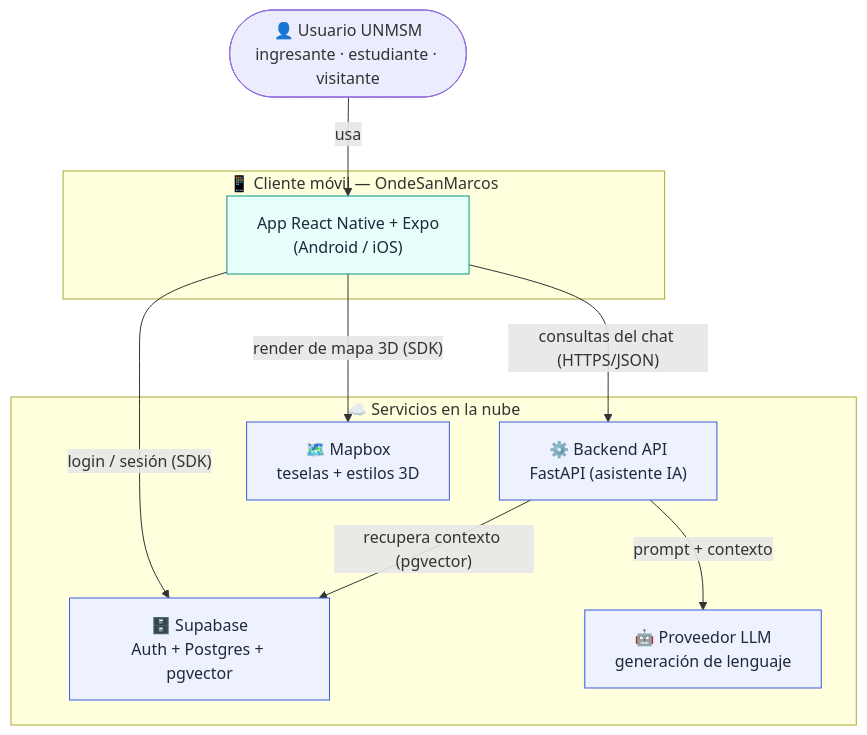
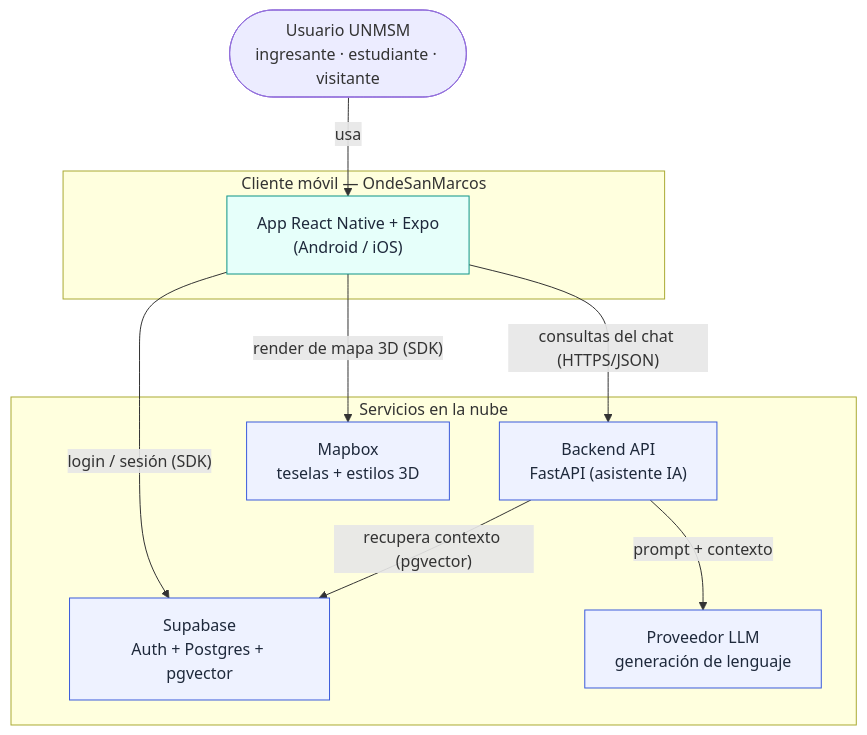
Before and after one commit to frank777ch/OndeSanMarcos: the first of 5 diagrams in documents/01-arquitectura-general.md, drawn with Mermaid. The commit also changed other lines of this file and 7 other files, not shown here.

````diff
--- a/documents/01-arquitectura-general.md
+++ b/documents/01-arquitectura-general.md
@@ -11,27 +11,27 @@
 ```mermaid
 graph TD
-    user(["👤 Usuario UNMSM<br/>ingresante · estudiante · visitante"])
+    user(["Usuario UNMSM<br/>ingresante · estudiante · visitante"])
 
-    subgraph client["📱 Cliente móvil — OndeSanMarcos"]
+    subgraph client["Cliente móvil — OndeSanMarcos"]
         app["App React Native + Expo<br/>(Android / iOS)"]
     end
 
-    subgraph cloud["☁️ Servicios en la nube"]
-        supabase["🗄️ Supabase<br/>Auth + Postgres + pgvector"]
-        backend["⚙️ Backend API<br/>FastAPI (asistente IA)"]
-        mapbox["🗺️ Mapbox<br/>teselas + estilos 3D"]
-        llm["🤖 Proveedor LLM<br/>generación de lenguaje"]
+    subgraph cloud["Servicios en la nube"]
+        supabase["Supabase<br/>Auth + Postgres + pgvector"]
+        backend["Backend API<br/>FastAPI (asistente IA)"]
+        mapbox["Mapbox<br/>teselas + estilos 3D"]
+        llm["Proveedor LLM<br/>generación de lenguaje"]
     end
 
     user -->|usa| app
     app -->|"login / sesión (SDK)"| supabase
     app -->|"consultas del chat (HTTPS/JSON)"| backend
     app -->|"render de mapa 3D (SDK)"| mapbox
     backend -->|"recupera contexto (pgvector)"| supabase
     backend -->|"prompt + contexto"| llm
 
     classDef ext fill:#eef2ff,stroke:#3b5bdb,color:#1e293b;
     classDef cli fill:#e6fffa,stroke:#0d9488,color:#1e293b;
     class supabase,backend,mapbox,llm ext;
     class app cli;
 ```
````
